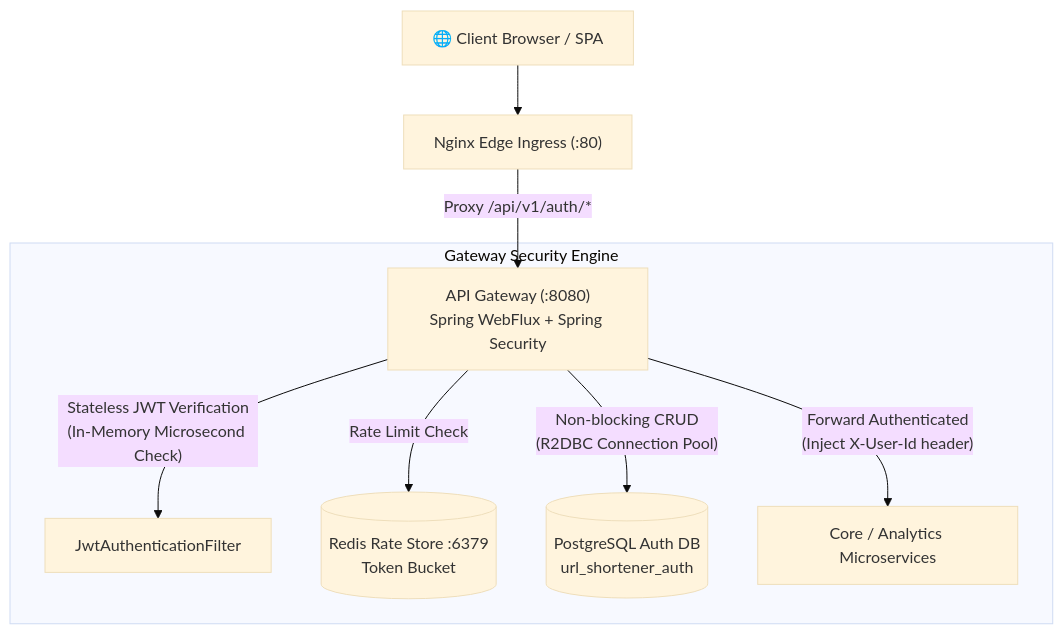
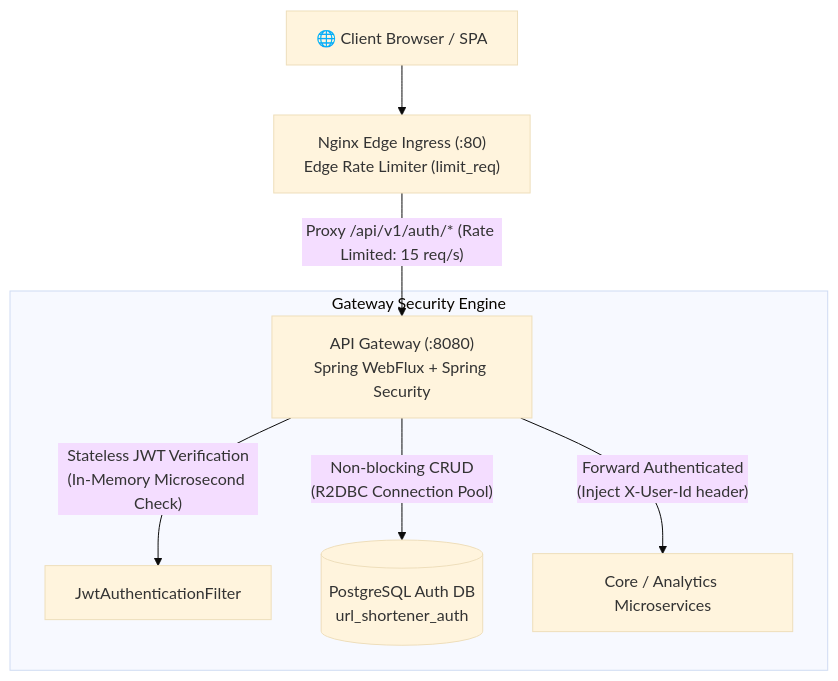
One commit to TheFastest599/url-shortener changed the diagram in docs/api_gateway_security_guide.md. Above: the diagram before and after it, drawn with Mermaid (base theme). The commit also changed 5 other files, not shown here.

Commit message:
fix: remove redis from api gateway, was not being used

````diff
--- a/docs/api_gateway_security_guide.md
+++ b/docs/api_gateway_security_guide.md
@@ -29,12 +29,11 @@
 ```mermaid
 flowchart TD
-    Client["🌐 Client Browser / SPA"] --> Ingress["Nginx Edge Ingress (:80)"]
-    Ingress -->|"Proxy /api/v1/auth/*"| Gateway["API Gateway (:8080)<br/>Spring WebFlux + Spring Security"]
+    Client["🌐 Client Browser / SPA"] --> Ingress["Nginx Edge Ingress (:80)<br/>Edge Rate Limiter (limit_req)"]
+    Ingress -->|"Proxy /api/v1/auth/* (Rate Limited: 15 req/s)"| Gateway["API Gateway (:8080)<br/>Spring WebFlux + Spring Security"]
     
     subgraph Gateway Security Engine
         Gateway -->|"Stateless JWT Verification<br/>(In-Memory Microsecond Check)"| JwtFilter["JwtAuthenticationFilter"]
-        Gateway -->|"Rate Limit Check"| RedisCache[("Redis Rate Store :6379<br/>Token Bucket")]
         Gateway -->|"Non-blocking CRUD<br/>(R2DBC Connection Pool)"| AuthDB[("PostgreSQL Auth DB<br/>url_shortener_auth")]
         Gateway -->|"Forward Authenticated<br/>(Inject X-User-Id header)"| Downstream["Core / Analytics Microservices"]
     end
 ```
````
